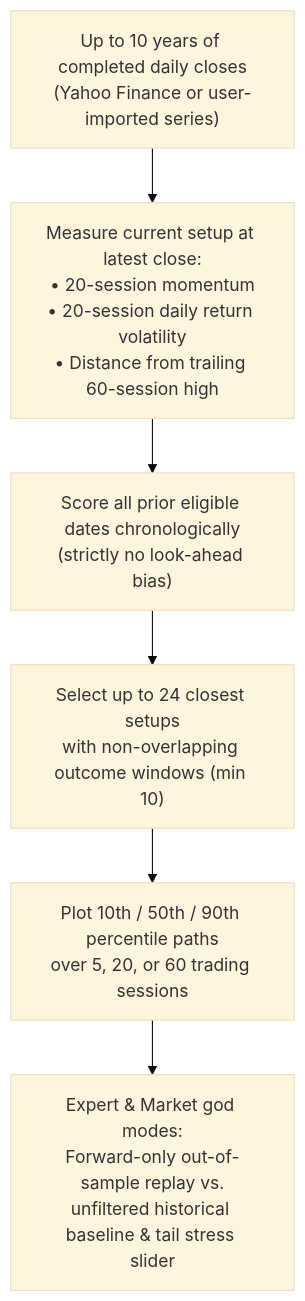
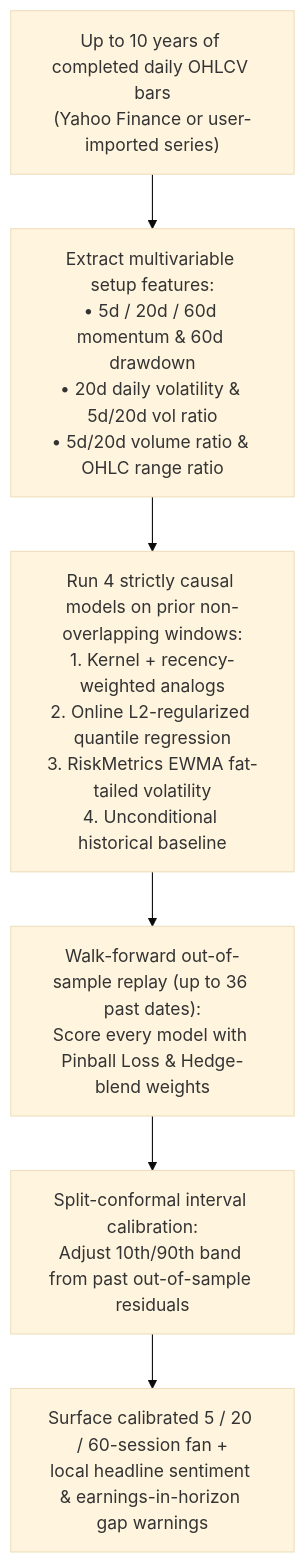
One commit to bnelabs/tenerus changed the second of 2 diagrams in README.md. Above: the diagram before and after it, drawn with Mermaid (base theme). The commit also changed other lines of this file and 23 other files, not shown here.

Commit message:
feat: add self-calibrating 4-model conformal Outlook ensemble, news/event signals, calibration logbook, and local TimesFM pilot for v0.7.0

````diff
--- a/README.md
+++ b/README.md
@@ -143,8 +144,8 @@
 ```mermaid
 flowchart TD
-    A["Up to 10 years of completed daily closes<br/>(Yahoo Finance or user-imported series)"] --> B["Measure current setup at latest close:<br/>• 20-session momentum<br/>• 20-session daily return volatility<br/>• Distance from trailing 60-session high"]
-    B --> C["Score all prior eligible dates chronologically<br/>(strictly no look-ahead bias)"]
-    C --> D["Select up to 24 closest setups<br/>with non-overlapping outcome windows (min 10)"]
-    D --> E["Plot 10th / 50th / 90th percentile paths<br/>over 5, 20, or 60 trading sessions"]
-    E --> F["Expert & Market god modes:<br/>Forward-only out-of-sample replay vs.<br/>unfiltered historical baseline & tail stress slider"]
+    A["Up to 10 years of completed daily OHLCV bars<br/>(Yahoo Finance or user-imported series)"] --> B["Extract multivariable setup features:<br/>• 5d / 20d / 60d momentum & 60d drawdown<br/>• 20d daily volatility & 5d/20d vol ratio<br/>• 5d/20d volume ratio & OHLC range ratio"]
+    B --> C["Run 4 strictly causal models on prior non-overlapping windows:<br/>1. Kernel + recency-weighted analogs<br/>2. Online L2-regularized quantile regression<br/>3. RiskMetrics EWMA fat-tailed volatility<br/>4. Unconditional historical baseline"]
+    C --> D["Walk-forward out-of-sample replay (up to 36 past dates):<br/>Score every model with Pinball Loss & Hedge-blend weights"]
+    D --> E["Split-conformal interval calibration:<br/>Adjust 10th/90th band from past out-of-sample residuals"]
+    E --> F["Surface calibrated 5 / 20 / 60-session fan +<br/>local headline sentiment & earnings-in-horizon gap warnings"]
 ```
````
